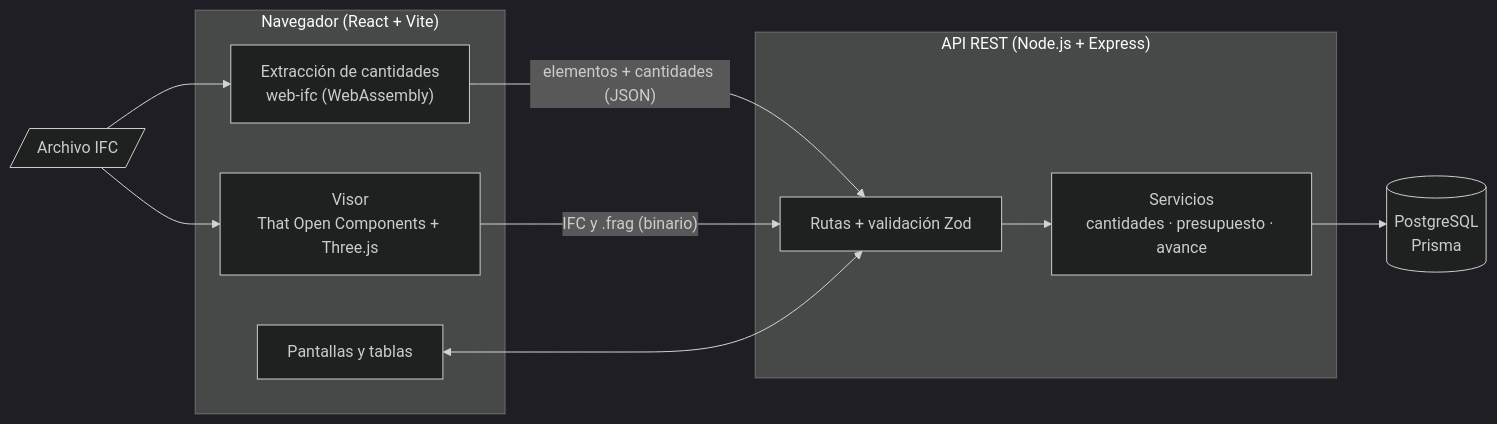
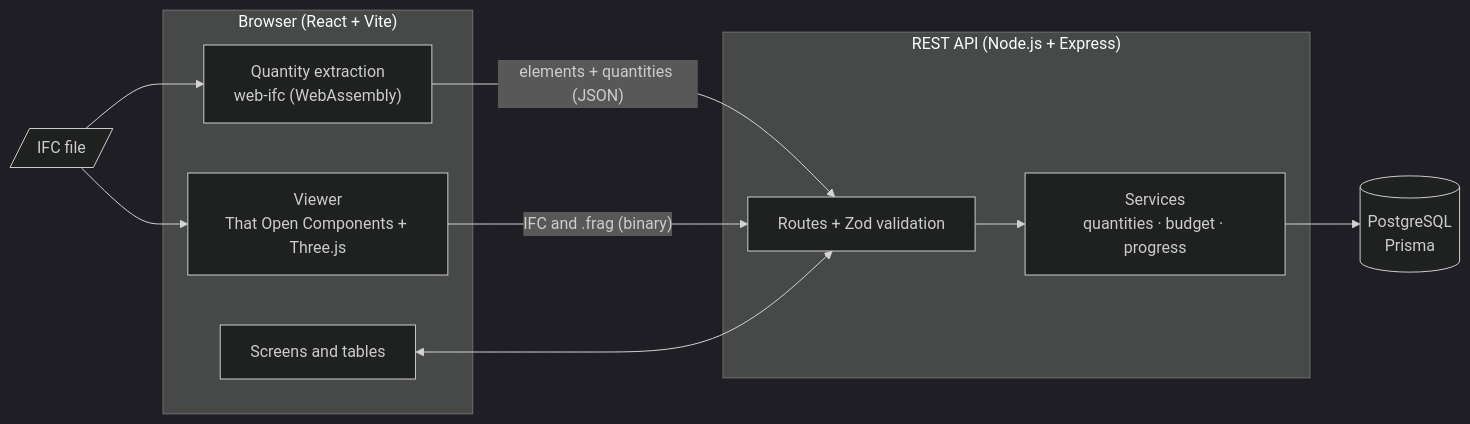
The first of 2 diagrams in README.md (Jhorguen/Control-de-obra-sobre-modelo-BIM), drawn with Mermaid (dark theme) before and after one commit. The commit also changed other lines of this file and 8 other files, not shown here.

````diff
--- a/README.md
+++ b/README.md
@@ -39,18 +40,18 @@
 ```mermaid
 flowchart LR
-  subgraph Navegador["Navegador (React + Vite)"]
-    UI[Pantallas y tablas]
-    V["Visor<br/>That Open Components + Three.js"]
-    X["Extracción de cantidades<br/>web-ifc (WebAssembly)"]
+  subgraph Browser["Browser (React + Vite)"]
+    UI[Screens and tables]
+    V["Viewer<br/>That Open Components + Three.js"]
+    X["Quantity extraction<br/>web-ifc (WebAssembly)"]
   end
-  subgraph API["API REST (Node.js + Express)"]
-    R[Rutas + validación Zod]
-    S["Servicios<br/>cantidades · presupuesto · avance"]
+  subgraph API["REST API (Node.js + Express)"]
+    R[Routes + Zod validation]
+    S["Services<br/>quantities · budget · progress"]
   end
   DB[("PostgreSQL<br/>Prisma")]
-  IFC[/Archivo IFC/] --> V & X
-  X -- "elementos + cantidades (JSON)" --> R
-  V -- "IFC y .frag (binario)" --> R
+  IFC[/IFC file/] --> V & X
+  X -- "elements + quantities (JSON)" --> R
+  V -- "IFC and .frag (binary)" --> R
   UI <--> R
   R --> S --> DB
 ```
````
